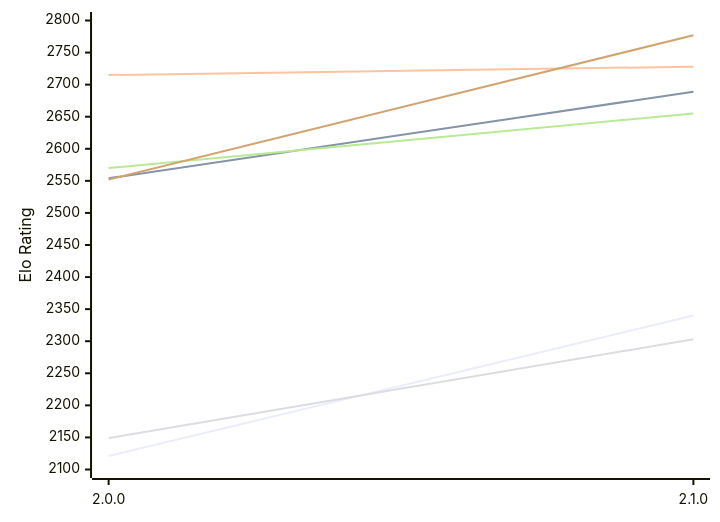
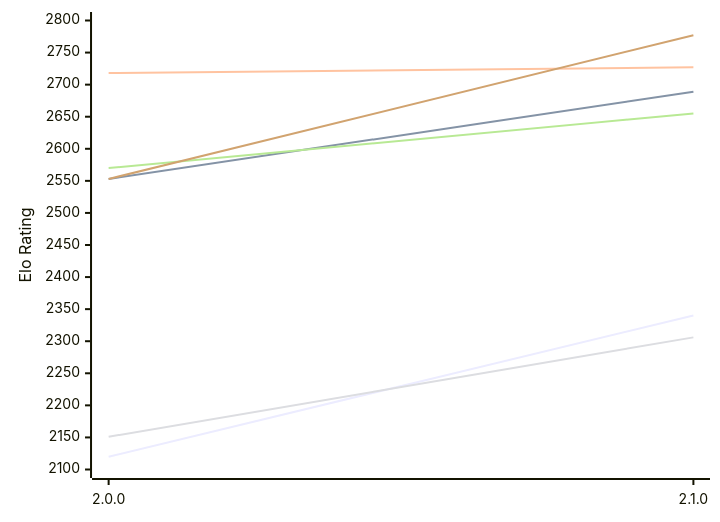
The first of 2 diagrams in engines/Ratsu.md (computer-chess-index/cci), drawn with Mermaid before and after one commit. The commit also changed other lines of this file, not shown here.

Commit message:
Update CCI Ratings (ELO VLTC) - 2026-11-28

````diff
--- a/engines/Ratsu.md
+++ b/engines/Ratsu.md
@@ -54,12 +54,12 @@
 ```mermaid
 %%{init: {"theme":"base","themeVariables":{"seriesColors:['#a3a3a3','#222221','#faa371']}}}%%
 xychart-beta
   x-axis ["2.0.0", "2.1.0"]
   y-axis "Elo Rating" 2100 --> 2800
-  line "E1: STC (8.0+0.08s)" [2121, 2340]
-  line "E1: LTC (60.0+0.60s)" [2554, 2689]
-  line "E1: VLTC (2m24s+1.12s)" [2715, 2728]
-  line "P1: STC (8.0+0.08s)" [2149, 2303]
+  line "E1: STC (8.0+0.08s)" [2120, 2340]
+  line "E1: LTC (60.0+0.60s)" [2553, 2689]
+  line "E1: VLTC (2m24s+1.12s)" [2718, 2727]
+  line "P1: STC (8.0+0.08s)" [2151, 2306]
   line "P1: LTC (60.0+0.60s)" [2570, 2655]
-  line "P1: VLTC (2m24s+1.12s)" [2552, 2777]
+  line "P1: VLTC (2m24s+1.12s)" [2553, 2777]
 ```
````
